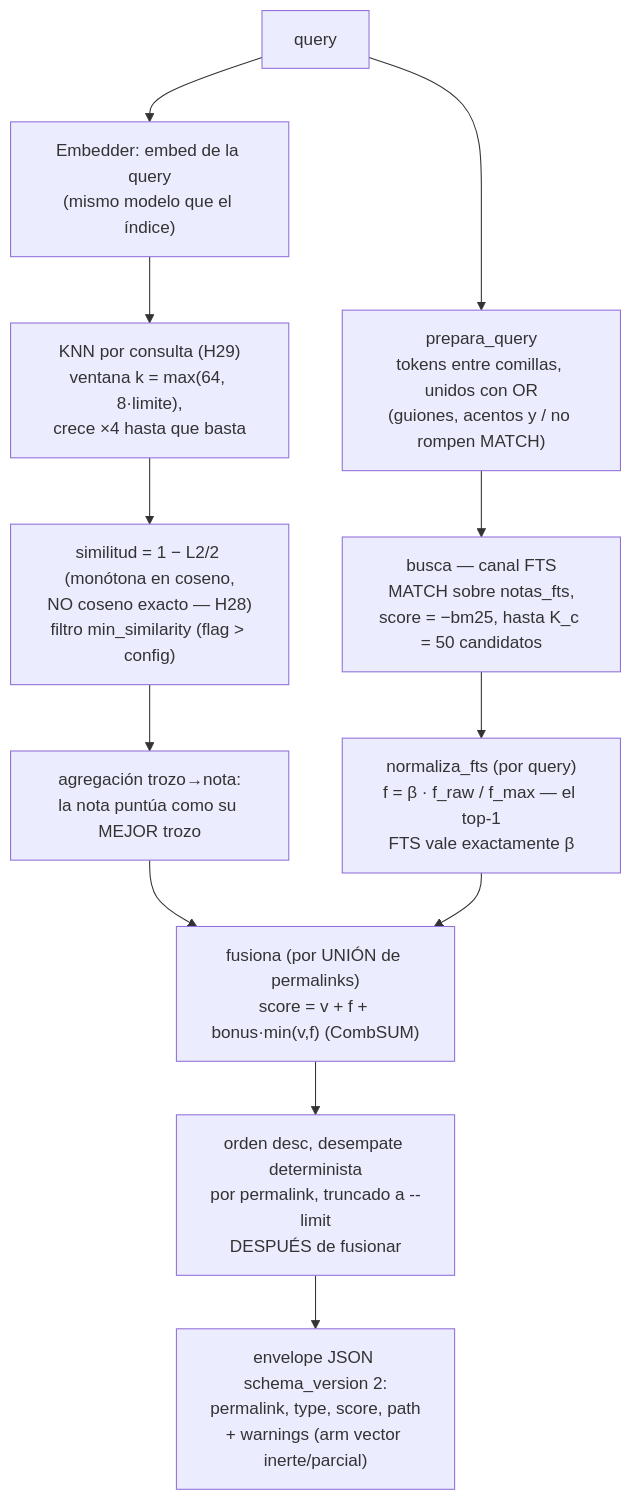
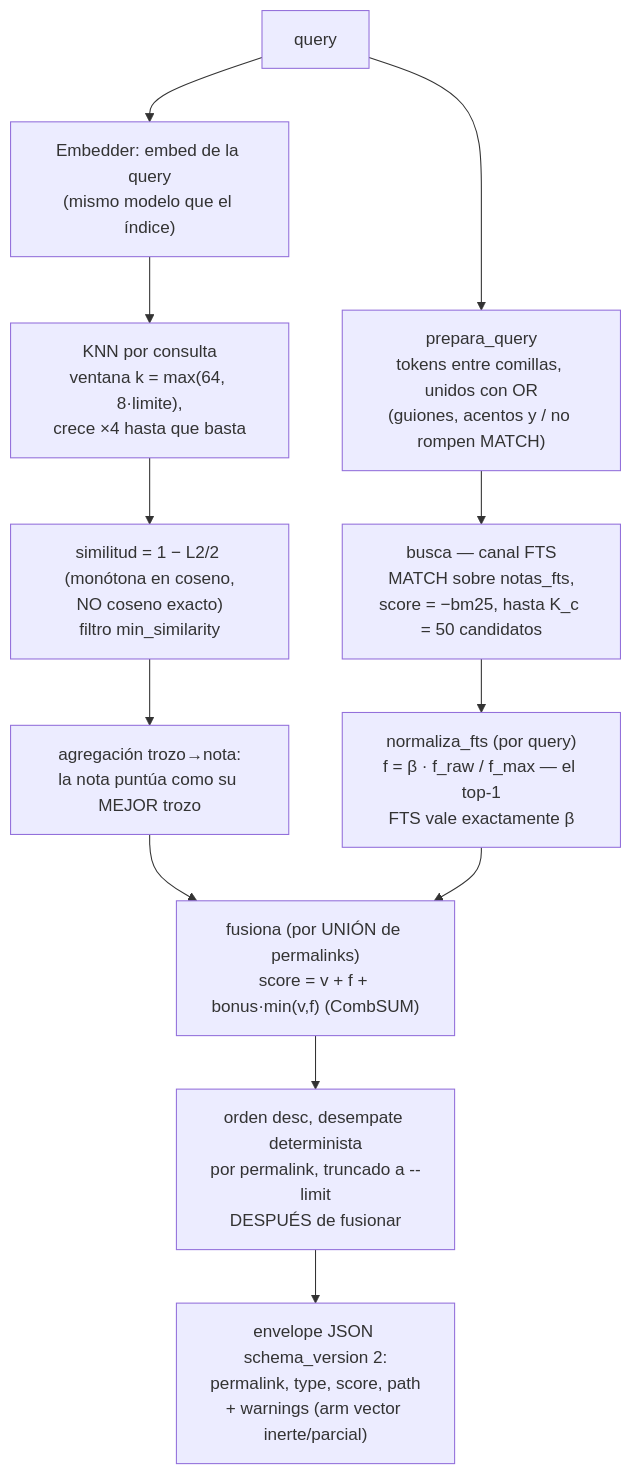
The third of 4 diagrams in docs/arquitectura.md (pguerrerolinares/exo), drawn with Mermaid before and after one commit. The commit also changed other lines of this file, not shown here.

````diff
--- a/docs/arquitectura.md
+++ b/docs/arquitectura.md
@@ -248,14 +244,14 @@
 ```mermaid
 flowchart TD
     Q["query"] --> FTSQ["prepara_query<br/>tokens entre comillas, unidos con OR<br/>(guiones, acentos y / no rompen MATCH)"]
     FTSQ --> FTS["busca — canal FTS<br/>MATCH sobre notas_fts,<br/>score = −bm25, hasta K_c = 50 candidatos"]
     Q --> EMBQ["Embedder: embed de la query<br/>(mismo modelo que el índice)"]
-    EMBQ --> KNN["KNN por consulta (H29)<br/>ventana k = max(64, 8·limite),<br/>crece ×4 hasta que basta"]
-    KNN --> SIM["similitud = 1 − L2/2 (monótona en coseno,<br/>NO coseno exacto — H28)<br/>filtro min_similarity (flag > config)"]
+    EMBQ --> KNN["KNN por consulta<br/>ventana k = max(64, 8·limite),<br/>crece ×4 hasta que basta"]
+    KNN --> SIM["similitud = 1 − L2/2 (monótona en coseno,<br/>NO coseno exacto)<br/>filtro min_similarity"]
     SIM --> AGG["agregación trozo→nota:<br/>la nota puntúa como su MEJOR trozo"]
     FTS --> NORM["normaliza_fts (por query)<br/>f = β · f_raw / f_max — el top-1<br/>FTS vale exactamente β"]
     AGG --> FUS["fusiona (por UNIÓN de permalinks)<br/>score = v + f + bonus·min(v,f) (CombSUM)"]
     NORM --> FUS
     FUS --> ORD["orden desc, desempate determinista<br/>por permalink, truncado a --limit<br/>DESPUÉS de fusionar"]
     ORD --> OUT["envelope JSON schema_version 2:<br/>permalink, type, score, path<br/>+ warnings (arm vector inerte/parcial)"]
 ```
````
